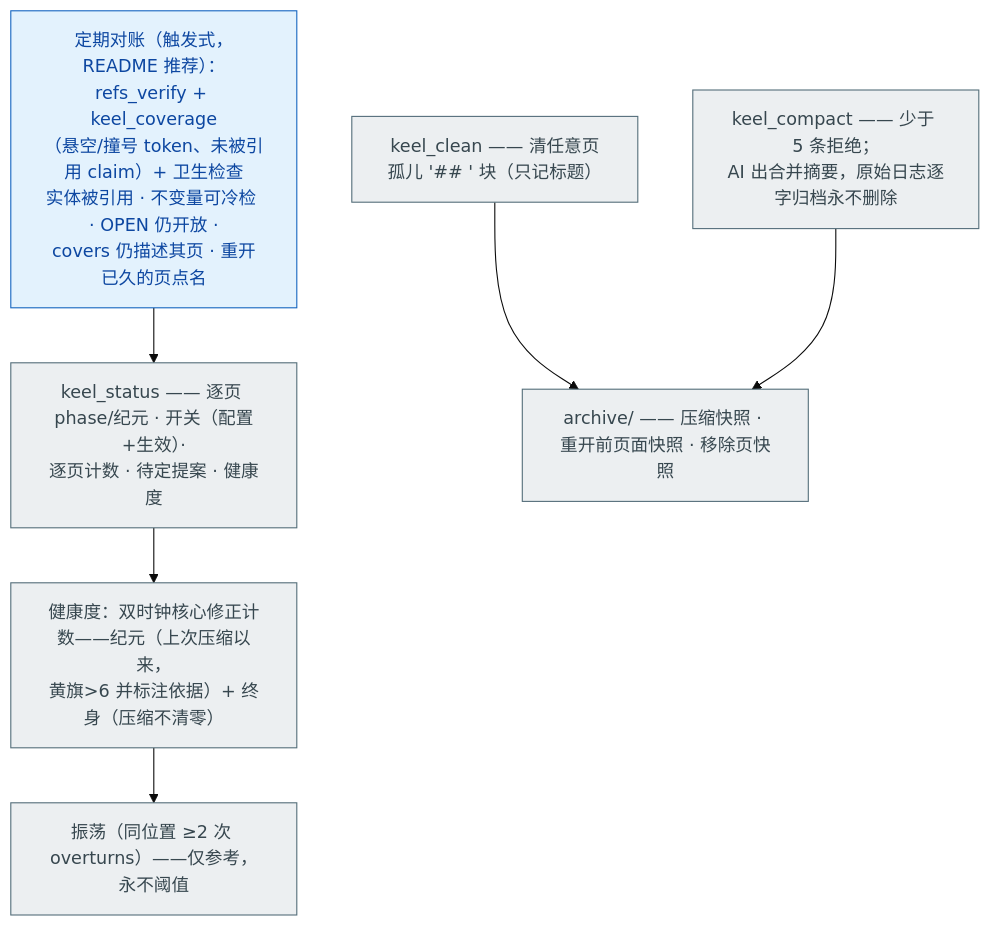
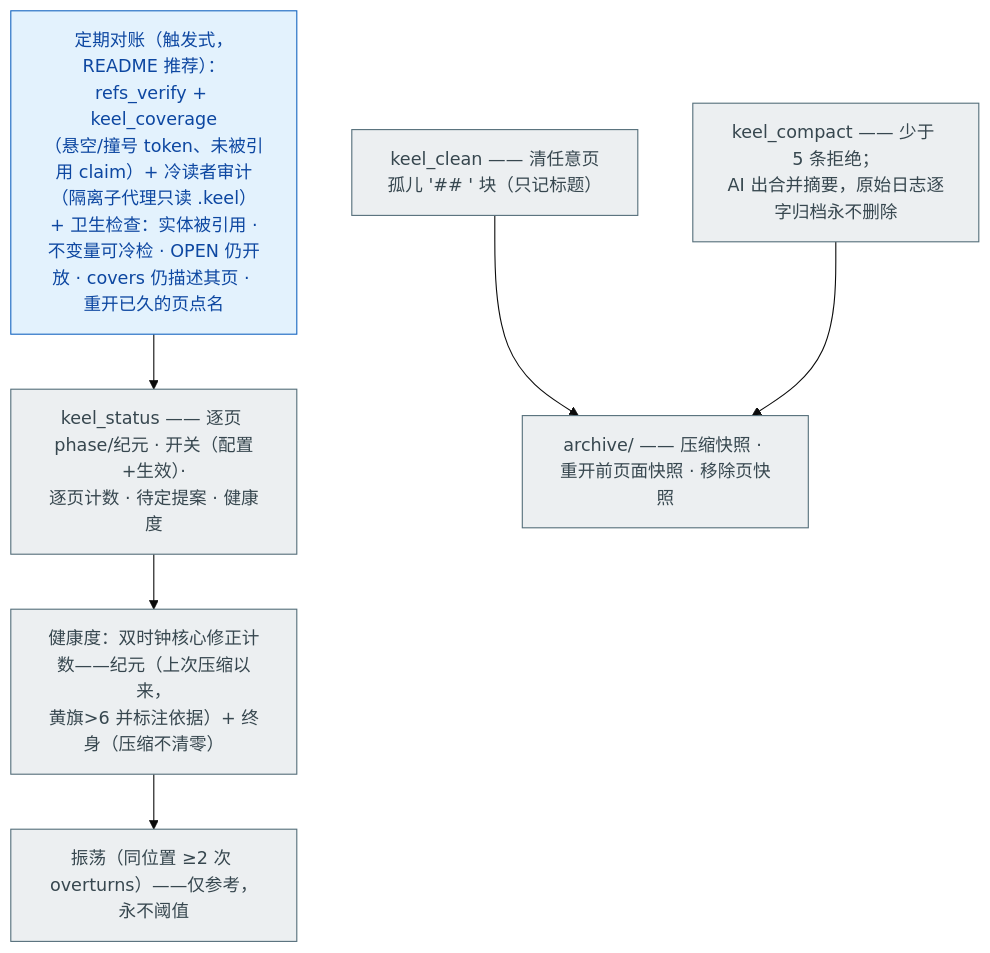
Before and after one commit to maxi3777/Keel: the seventh of 13 diagrams in docs/MENTAL-MODEL.md, drawn with Mermaid (base theme). The commit also changed other lines of this file and 6 other files, not shown here.

````diff
--- a/docs/MENTAL-MODEL.md
+++ b/docs/MENTAL-MODEL.md
@@ -211,17 +212,17 @@
 ```mermaid
 flowchart TD
     STATUS["keel_status —— 逐页 phase/纪元 · 开关（配置+生效）·<br/>逐页计数 · 待定提案 · 健康度"]:::mech
     HEALTH["健康度：双时钟核心修正计数——纪元（上次压缩以来，<br/>黄旗>6 并标注依据）+ 终身（压缩不清零）"]:::mech
     OSC["振荡（同位置 ≥2 次 overturns）——仅参考，永不阈值"]:::mech
-    AUDIT["定期对账（触发式，README 推荐）：refs_verify + keel_coverage<br/>（悬空/撞号 token、未被引用 claim）+ 卫生检查<br/>实体被引用 · 不变量可冷检 · OPEN 仍开放 ·<br/>covers 仍描述其页 · 重开已久的页点名"]:::ai
+    AUDIT["定期对账（触发式，README 推荐）：refs_verify + keel_coverage<br/>（悬空/撞号 token、未被引用 claim）+ 冷读者审计<br/>（隔离子代理只读 .keel）+ 卫生检查：实体被引用 ·<br/>不变量可冷检 · OPEN 仍开放 · covers 仍描述其页 · 重开已久的页点名"]:::ai
     CLEAN["keel_clean —— 清任意页孤儿 '## ' 块（只记标题）"]:::mech
     COMPACT["keel_compact —— 少于 5 条拒绝；<br/>AI 出合并摘要，原始日志逐字归档永不删除"]:::mech
     ARCH["archive/ —— 压缩快照 · 重开前页面快照 · 移除页快照"]:::mech
 
     STATUS --> HEALTH --> OSC
     AUDIT --> STATUS
     CLEAN --> ARCH
     COMPACT --> ARCH
     classDef mech fill:#eceff1,stroke:#546e7a,color:#37474f
     classDef ai fill:#e3f2fd,stroke:#1565c0,color:#0d47a1
 ```
````
